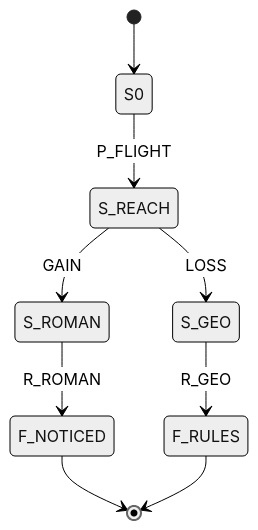
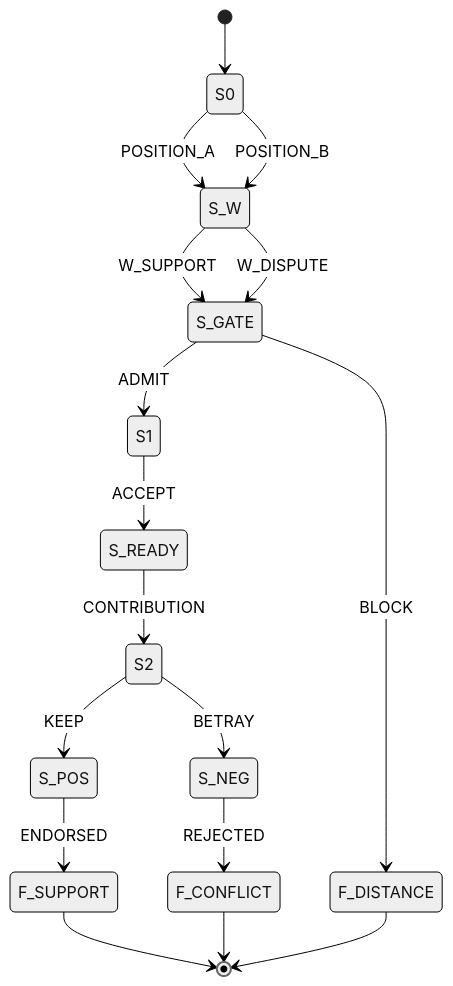
One commit to Stepami/golden-mouth changed the fifth of 16 diagrams in docs/content-review/stories.md. Above: the diagram before and after it, drawn with Mermaid (neutral theme). The commit also changed other lines of this file and 6 other files, not shown here.

````diff
--- a/docs/content-review/stories.md
+++ b/docs/content-review/stories.md
@@ -563,11 +688,19 @@
 ```mermaid
 stateDiagram-v2
     [*] --> S0
-    S0 --> S_REACH: P_FLIGHT
-    S_REACH --> S_ROMAN: GAIN
-    S_REACH --> S_GEO: LOSS
-    S_ROMAN --> F_NOTICED: R_ROMAN
-    S_GEO --> F_RULES: R_GEO
-    F_NOTICED --> [*]
-    F_RULES --> [*]
+    S0 --> S_W: POSITION_A
+    S0 --> S_W: POSITION_B
+    S_W --> S_GATE: W_SUPPORT
+    S_W --> S_GATE: W_DISPUTE
+    S_GATE --> S1: ADMIT
+    S_GATE --> F_DISTANCE: BLOCK
+    S1 --> S_READY: ACCEPT
+    S_READY --> S2: CONTRIBUTION
+    S2 --> S_POS: KEEP
+    S2 --> S_NEG: BETRAY
+    S_POS --> F_SUPPORT: ENDORSED
+    S_NEG --> F_CONFLICT: REJECTED
+    F_SUPPORT --> [*]
+    F_CONFLICT --> [*]
+    F_DISTANCE --> [*]
 ```
````
